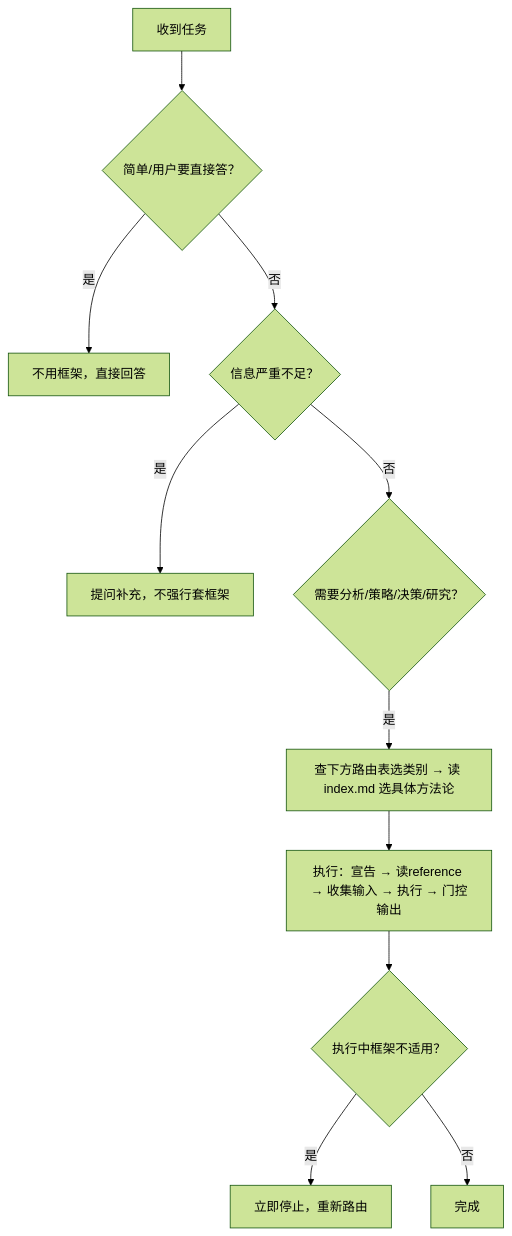
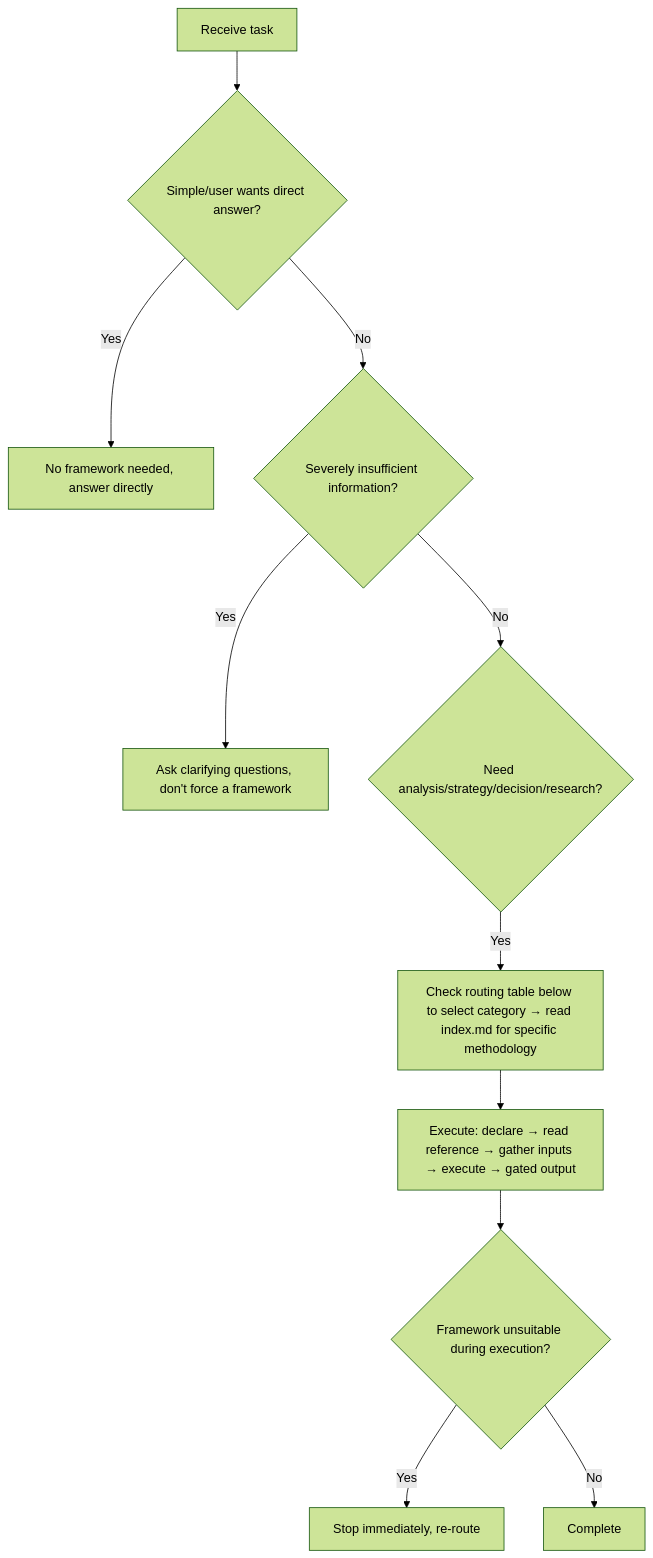
Before and after one commit to Kirky-X/kueiku: the diagram in SKILL.md, drawn with Mermaid (forest theme). The commit also changed other lines of this file and 126 other files, not shown here.

````diff
--- a/SKILL.md
+++ b/SKILL.md
@@ -13,13 +13,13 @@
 ```mermaid
 flowchart TD
-    A["收到任务"] --> B{"简单/用户要直接答？"}
-    B -- 是 --> C["不用框架，直接回答"]
-    B -- 否 --> D{"信息严重不足？"}
-    D -- 是 --> E["提问补充，不强行套框架"]
-    D -- 否 --> F{"需要分析/策略/决策/研究？"}
-    F -- 是 --> G["查下方路由表选类别 → 读 index.md 选具体方法论"]
-    G --> H["执行：宣告 → 读reference → 收集输入 → 执行 → 门控输出"]
-    H --> I{"执行中框架不适用？"}
-    I -- 是 --> J["立即停止，重新路由"]
-    I -- 否 --> K["完成"]
+    A["Receive task"] --> B{"Simple/user wants direct answer?"}
+    B -- Yes --> C["No framework needed, answer directly"]
+    B -- No --> D{"Severely insufficient information?"}
+    D -- Yes --> E["Ask clarifying questions, don't force a framework"]
+    D -- No --> F{"Need analysis/strategy/decision/research?"}
+    F -- Yes --> G["Check routing table below to select category → read index.md for specific methodology"]
+    G --> H["Execute: declare → read reference → gather inputs → execute → gated output"]
+    H --> I{"Framework unsuitable during execution?"}
+    I -- Yes --> J["Stop immediately, re-route"]
+    I -- No --> K["Complete"]
 ```
````
